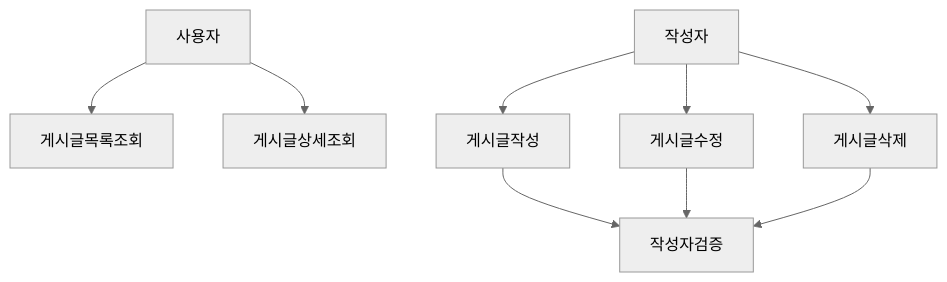
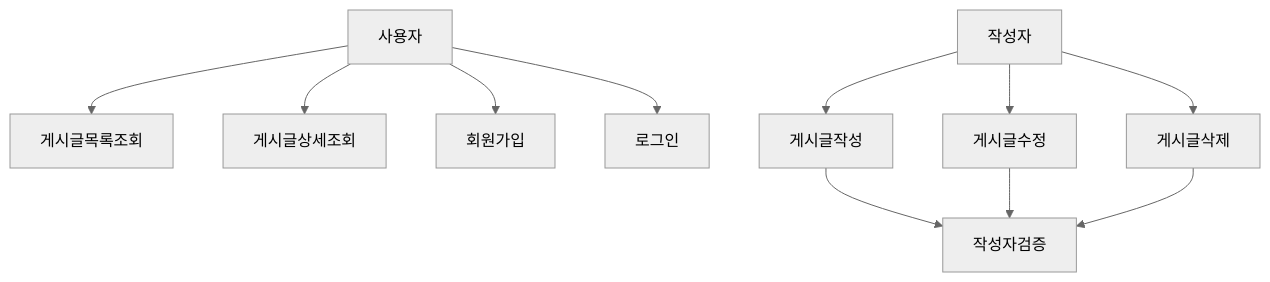
The diagram in docs/UseCase.md (hanghae-plus-backend-8/prestudy-framework-spring), drawn with Mermaid (neutral theme) before and after one commit.

Commit message:
refactor: UseCase 수정

````diff
--- a/docs/UseCase.md
+++ b/docs/UseCase.md
@@ -3,10 +3,12 @@
 ```mermaid
 graph TD;
     사용자 --> 게시글목록조회;
     사용자 --> 게시글상세조회;
+    사용자 --> 회원가입;
+    사용자 --> 로그인;
     작성자 --> 게시글작성 --> 작성자검증;
     작성자 --> 게시글수정 --> 작성자검증;
     작성자 --> 게시글삭제 --> 작성자검증;
     
     
 ```
````
